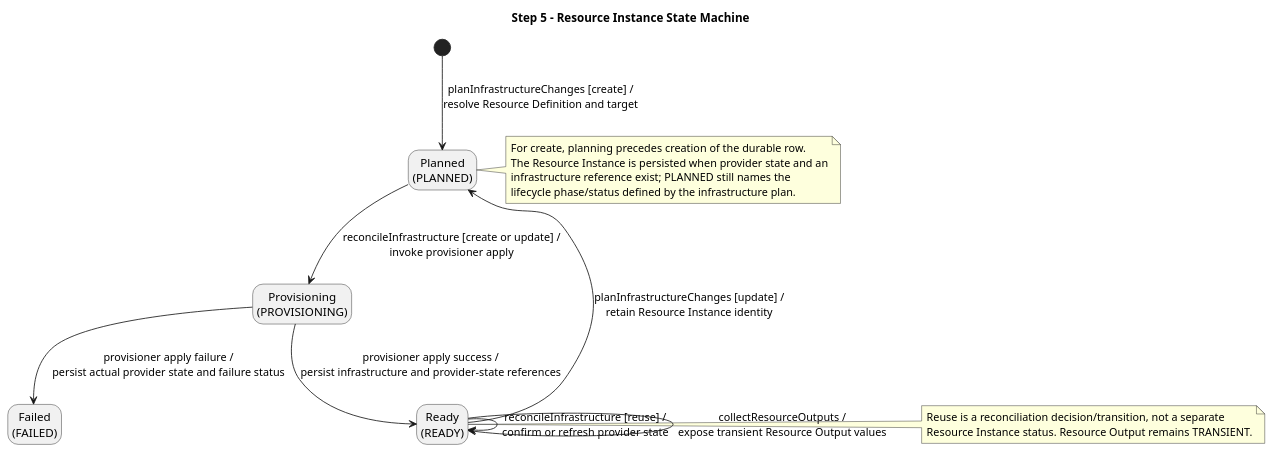
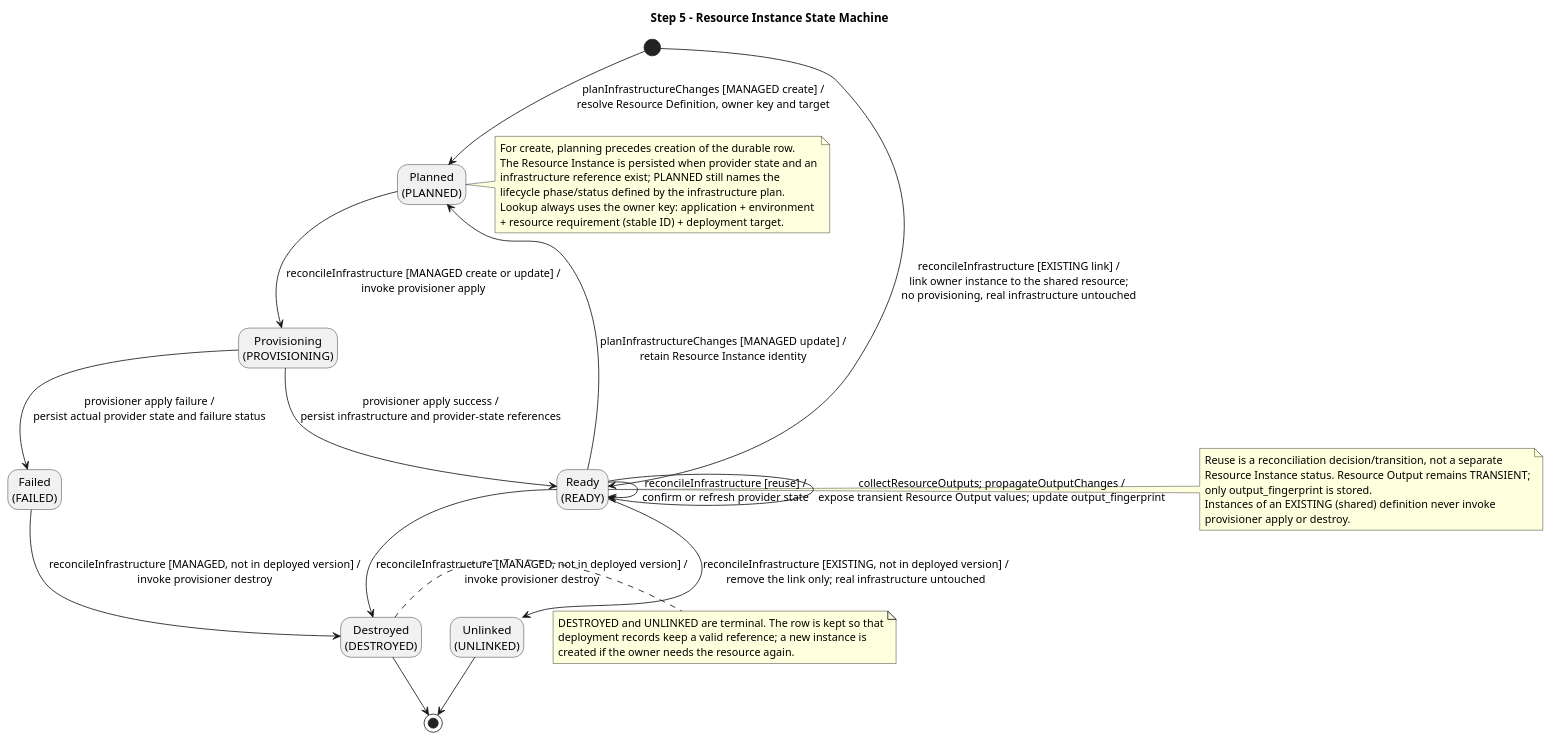
One commit to pr3s3nt/final_idp changed the diagram in 05_state_machines/resource_instance_state.puml. Above: the diagram before and after it, drawn with PlantUML. The commit also changed 3 other files, not shown here.

```diff
--- a/05_state_machines/resource_instance_state.puml
+++ b/05_state_machines/resource_instance_state.puml
@@ -1,33 +1,54 @@
 @startuml
 title Step 5 - Resource Instance State Machine
 
 hide empty description
 
 state "Planned\n(PLANNED)" as PLANNED
 state "Provisioning\n(PROVISIONING)" as PROVISIONING
 state "Ready\n(READY)" as READY
 state "Failed\n(FAILED)" as FAILED
+state "Destroyed\n(DESTROYED)" as DESTROYED
+state "Unlinked\n(UNLINKED)" as UNLINKED
 
-[*] --> PLANNED : planInfrastructureChanges [create] /\nresolve Resource Definition and target
+[*] --> PLANNED : planInfrastructureChanges [MANAGED create] /\nresolve Resource Definition, owner key and target
+[*] --> READY : reconcileInfrastructure [EXISTING link] /\nlink owner instance to the shared resource;\nno provisioning, real infrastructure untouched
 
-PLANNED --> PROVISIONING : reconcileInfrastructure [create or update] /\ninvoke provisioner apply
+PLANNED --> PROVISIONING : reconcileInfrastructure [MANAGED create or update] /\ninvoke provisioner apply
 PROVISIONING --> READY : provisioner apply success /\npersist infrastructure and provider-state references
 PROVISIONING --> FAILED : provisioner apply failure /\npersist actual provider state and failure status
 
-READY --> PLANNED : planInfrastructureChanges [update] /\nretain Resource Instance identity
+READY --> PLANNED : planInfrastructureChanges [MANAGED update] /\nretain Resource Instance identity
 READY --> READY : reconcileInfrastructure [reuse] /\nconfirm or refresh provider state
-READY --> READY : collectResourceOutputs /\nexpose transient Resource Output values
+READY --> READY : collectResourceOutputs; propagateOutputChanges /\nexpose transient Resource Output values; update output_fingerprint
+
+READY --> DESTROYED : reconcileInfrastructure [MANAGED, not in deployed version] /\ninvoke provisioner destroy
+FAILED --> DESTROYED : reconcileInfrastructure [MANAGED, not in deployed version] /\ninvoke provisioner destroy
+READY --> UNLINKED : reconcileInfrastructure [EXISTING, not in deployed version] /\nremove the link only; real infrastructure untouched
+
+DESTROYED --> [*]
+UNLINKED --> [*]
 
 note right of PLANNED
   For create, planning precedes creation of the durable row.
   The Resource Instance is persisted when provider state and an
   infrastructure reference exist; PLANNED still names the
   lifecycle phase/status defined by the infrastructure plan.
+  Lookup always uses the owner key: application + environment
+  + resource requirement (stable ID) + deployment target.
 end note
 
 note right of READY
   Reuse is a reconciliation decision/transition, not a separate
-  Resource Instance status. Resource Output remains TRANSIENT.
+  Resource Instance status. Resource Output remains TRANSIENT;
+  only output_fingerprint is stored.
+  Instances of an EXISTING (shared) definition never invoke
+  provisioner apply or destroy.
+end note
+
+note right of DESTROYED
+  DESTROYED and UNLINKED are terminal. The row is kept so that
+  deployment records keep a valid reference; a new instance is
+  created if the owner needs the resource again.
 end note
 
 @enduml
```
